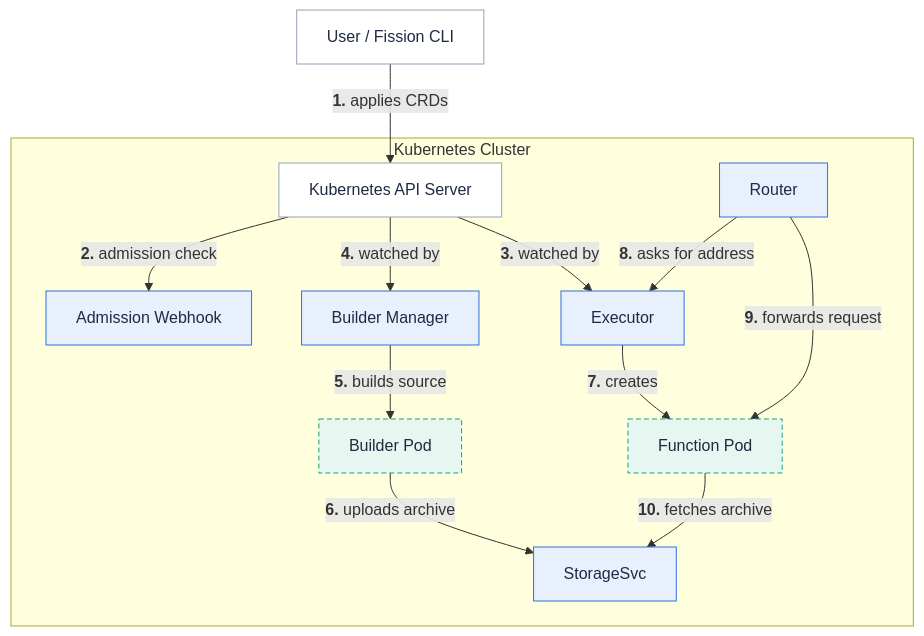
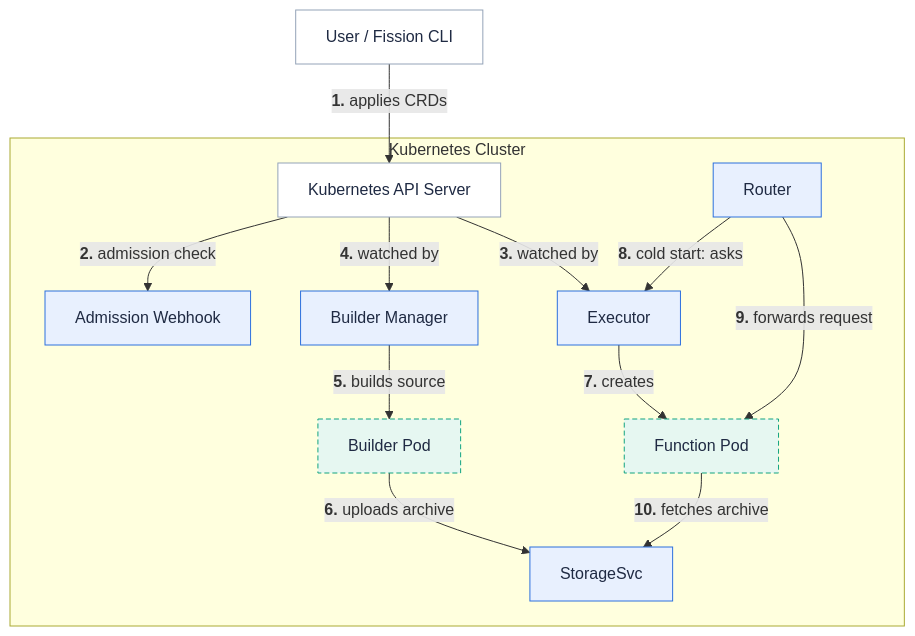
The diagram in content/en/docs/architecture/_index.md (fission/fission.io), drawn with Mermaid before and after one commit. The commit also changed 46 other files, not shown here.

````diff
--- a/content/en/docs/architecture/_index.md
+++ b/content/en/docs/architecture/_index.md
@@ -24,31 +24,31 @@
 ```mermaid
 flowchart TB
   user["User / Fission CLI"]
   subgraph k8s["Kubernetes Cluster"]
     api["Kubernetes API Server"]
     webhook["Admission Webhook"]
     executor["Executor"]
     buildermgr["Builder Manager"]
     builderPod["Builder Pod"]
     storage["StorageSvc"]
     router["Router"]
     fnPod["Function Pod"]
   end
   user -->|"<b>1.</b> applies CRDs"| api
   api -->|"<b>2.</b> admission check"| webhook
   api -->|"<b>3.</b> watched by"| executor
   api -->|"<b>4.</b> watched by"| buildermgr
   buildermgr -->|"<b>5.</b> builds source"| builderPod
   builderPod -->|"<b>6.</b> uploads archive"| storage
   executor -->|"<b>7.</b> creates"| fnPod
-  router -->|"<b>8.</b> asks for address"| executor
+  router -->|"<b>8.</b> cold start: asks"| executor
   router -->|"<b>9.</b> forwards request"| fnPod
   fnPod -->|"<b>10.</b> fetches archive"| storage
 
   class user,api user
   class executor,buildermgr,webhook,router,storage fission
   class fnPod,builderPod pod
   classDef user fill:#ffffff,stroke:#94a3b8,color:#1f2a43
   classDef fission fill:#e8f0fe,stroke:#2d70de,color:#1f2a43
   classDef pod fill:#e6f7f1,stroke:#11a37f,color:#1f2a43,stroke-dasharray:5 3
 ```
````
